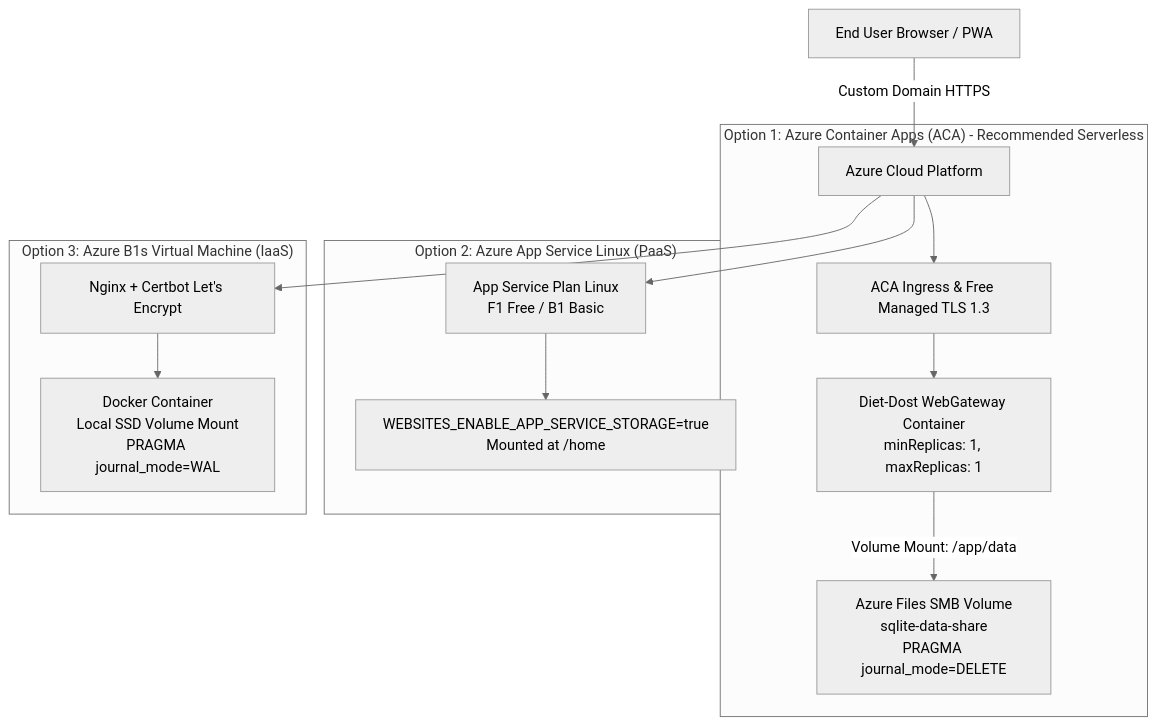
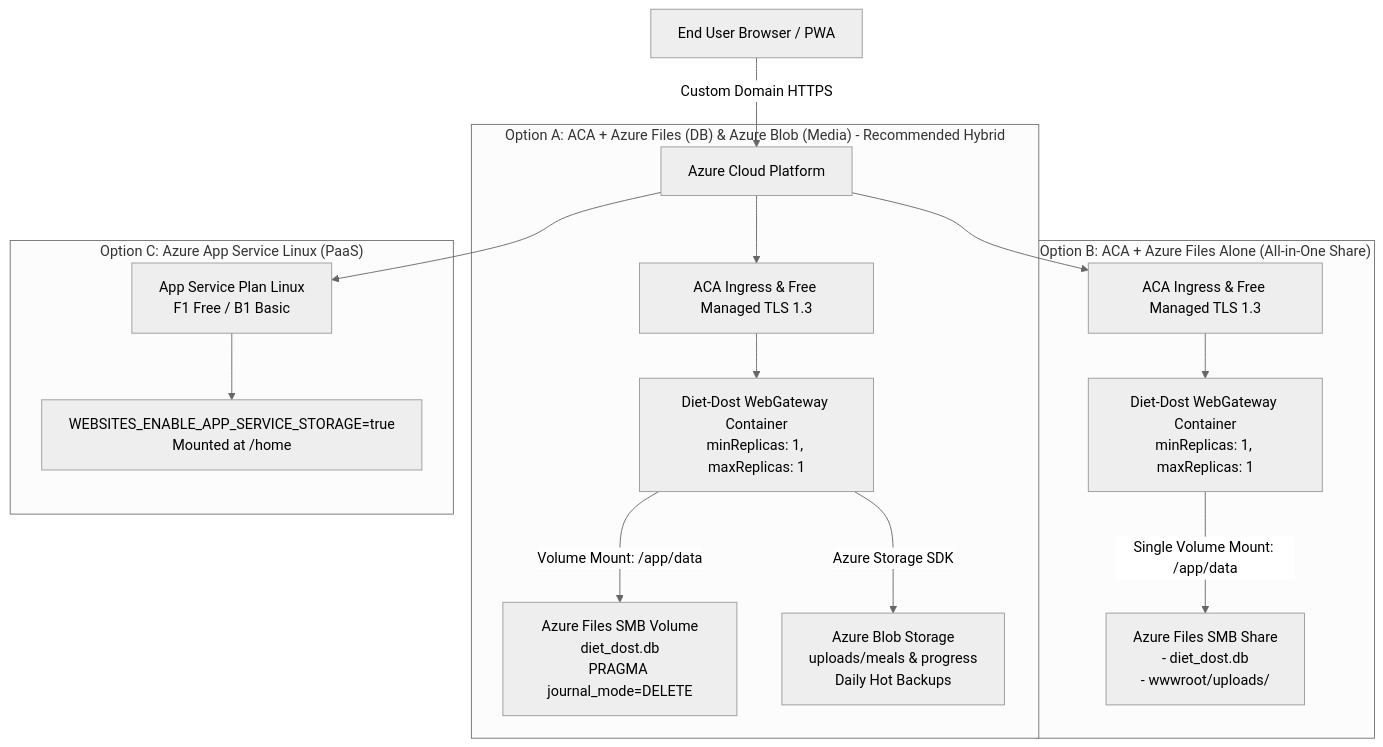
Before and after one commit to nikunjbanker/diet-dost: the second of 2 diagrams in docs/sdd/05_devops_and_infrastructure.md, drawn with Mermaid (neutral theme). The commit also changed other lines of this file and 1 other file, not shown here.

Commit message:
docs(azure): refine skill and sdd with Blob vs Files SQLite reality and no-VM comparison

````diff
--- a/docs/sdd/05_devops_and_infrastructure.md
+++ b/docs/sdd/05_devops_and_infrastructure.md
@@ -202,20 +202,22 @@
 ```mermaid
 graph TD
     Client[End User Browser / PWA] -->|Custom Domain HTTPS| Cloud[Azure Cloud Platform]
     
-    subgraph Option1 ["Option 1: Azure Container Apps (ACA) - Recommended Serverless"]
-        Cloud --> ACA_Ingress[ACA Ingress & Free Managed TLS 1.3]
-        ACA_Ingress --> ACA_Pod[Diet-Dost WebGateway Container<br/>minReplicas: 1, maxReplicas: 1]
-        ACA_Pod -->|Volume Mount: /app/data| AzureFiles[Azure Files SMB Volume<br/>sqlite-data-share<br/>PRAGMA journal_mode=DELETE]
+    subgraph OptionA ["Option A: ACA + Azure Files (DB) & Azure Blob (Media) - Recommended Hybrid"]
+        Cloud --> ACA_IngressA[ACA Ingress & Free Managed TLS 1.3]
+        ACA_IngressA --> ACA_PodA[Diet-Dost WebGateway Container<br/>minReplicas: 1, maxReplicas: 1]
+        ACA_PodA -->|Volume Mount: /app/data| AzureFilesA[Azure Files SMB Volume<br/>diet_dost.db<br/>PRAGMA journal_mode=DELETE]
+        ACA_PodA -->|Azure Storage SDK| AzureBlobA[Azure Blob Storage<br/>uploads/meals & progress<br/>Daily Hot Backups]
     end
     
-    subgraph Option2 ["Option 2: Azure App Service Linux (PaaS)"]
+    subgraph OptionB ["Option B: ACA + Azure Files Alone (All-in-One Share)"]
+        Cloud --> ACA_IngressB[ACA Ingress & Free Managed TLS 1.3]
+        ACA_IngressB --> ACA_PodB[Diet-Dost WebGateway Container<br/>minReplicas: 1, maxReplicas: 1]
+        ACA_PodB -->|Single Volume Mount: /app/data| AzureFilesB[Azure Files SMB Share<br/>- diet_dost.db<br/>- wwwroot/uploads/]
+    end
+    
+    subgraph OptionC ["Option C: Azure App Service Linux (PaaS)"]
         Cloud --> AppService[App Service Plan Linux<br/>F1 Free / B1 Basic]
         AppService --> AppServiceStorage[WEBSITES_ENABLE_APP_SERVICE_STORAGE=true<br/>Mounted at /home]
     end
-    
-    subgraph Option3 ["Option 3: Azure B1s Virtual Machine (IaaS)"]
-        Cloud --> NginxCertbot[Nginx + Certbot Let's Encrypt]
-        NginxCertbot --> DockerApp[Docker Container<br/>Local SSD Volume Mount<br/>PRAGMA journal_mode=WAL]
-    end
 ```
````
